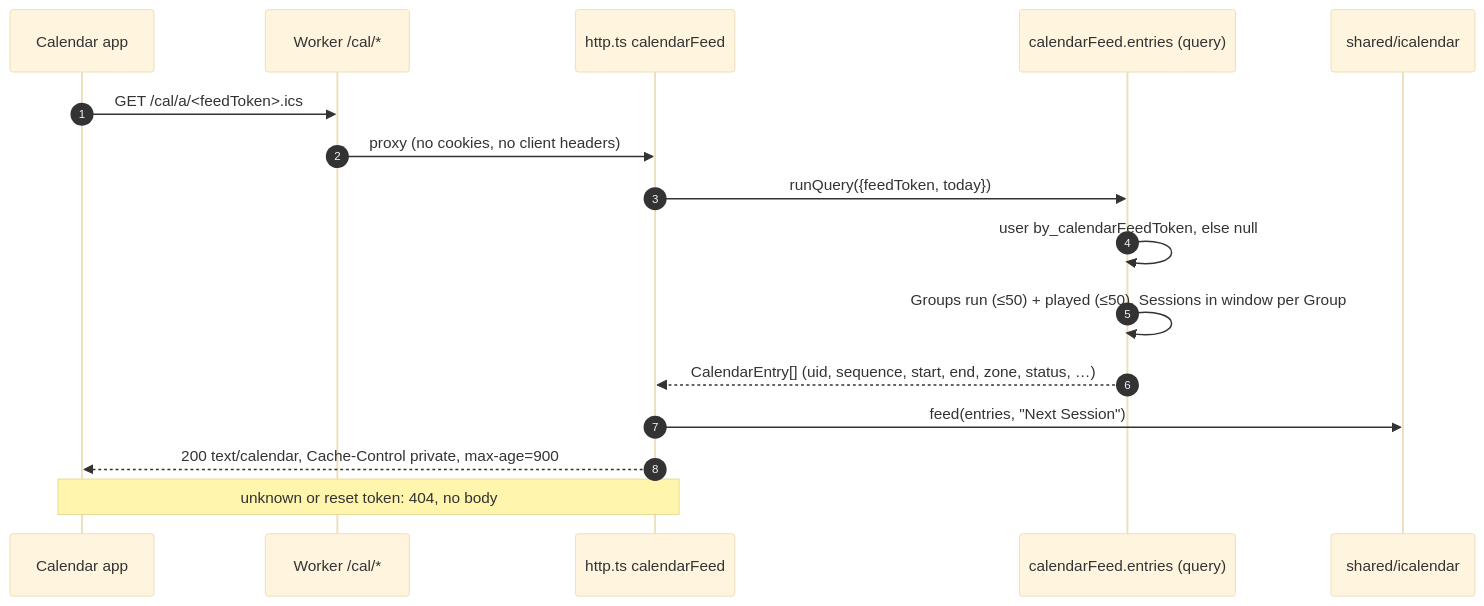
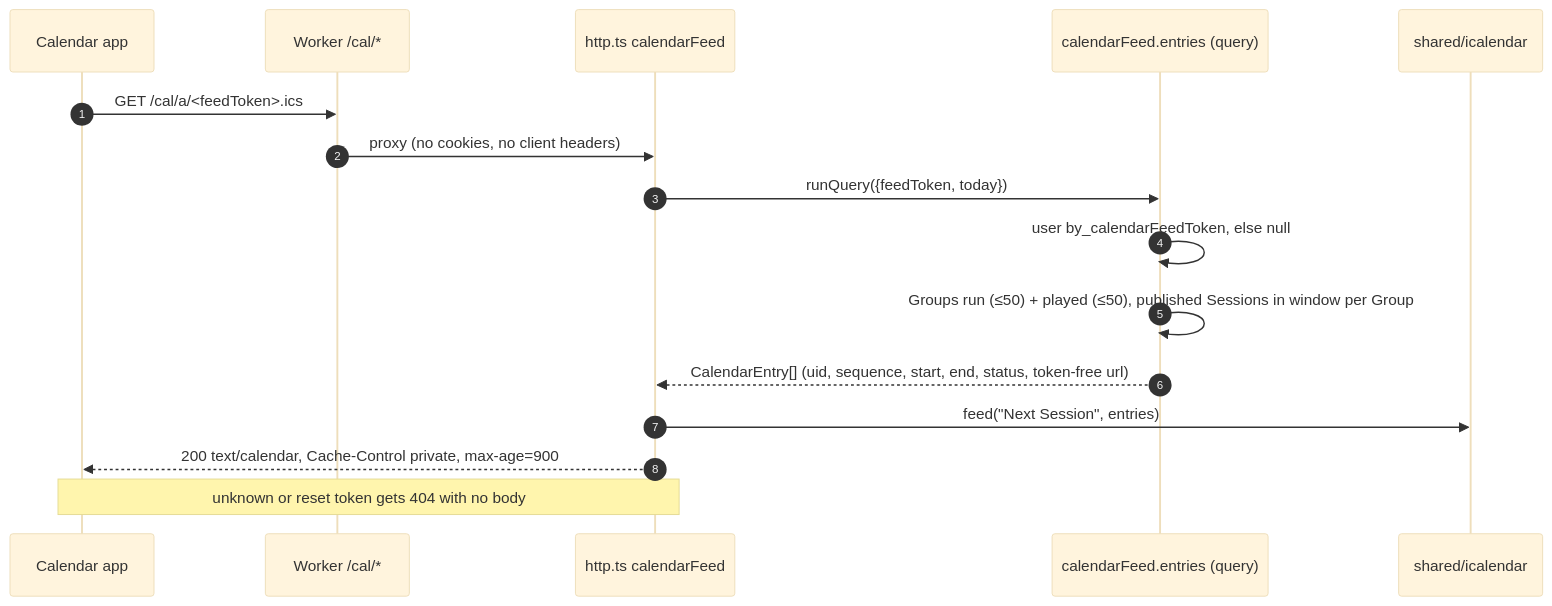
Before and after one commit to Silthus/next-session: the fifth of 7 diagrams in docs/architecture/calendar-sync.md, drawn with Mermaid (base theme). The commit also changed other lines of this file, not shown here.

First line of the commit message:
Rework calendar sync around a published Session snapshot (#126)

````diff
--- a/docs/architecture/calendar-sync.md
+++ b/docs/architecture/calendar-sync.md
@@ -291,19 +326,19 @@
 ```mermaid
 sequenceDiagram
   autonumber
   participant App as Calendar app
   participant W as Worker /cal/*
   participant H as http.ts calendarFeed
   participant Q as calendarFeed.entries (query)
   participant I as shared/icalendar
 
   App->>W: GET /cal/a/<feedToken>.ics
   W->>H: proxy (no cookies, no client headers)
   H->>Q: runQuery({feedToken, today})
   Q->>Q: user by_calendarFeedToken, else null
-  Q->>Q: Groups run (≤50) + played (≤50), Sessions in window per Group
-  Q-->>H: CalendarEntry[] (uid, sequence, start, end, zone, status, …)
-  H->>I: feed(entries, "Next Session")
+  Q->>Q: Groups run (≤50) + played (≤50), published Sessions in window per Group
+  Q-->>H: CalendarEntry[] (uid, sequence, start, end, status, token-free url)
+  H->>I: feed("Next Session", entries)
   H-->>App: 200 text/calendar, Cache-Control private, max-age=900
-  Note over H,App: unknown or reset token: 404, no body
+  Note over H,App: unknown or reset token gets 404 with no body
 ```
````
